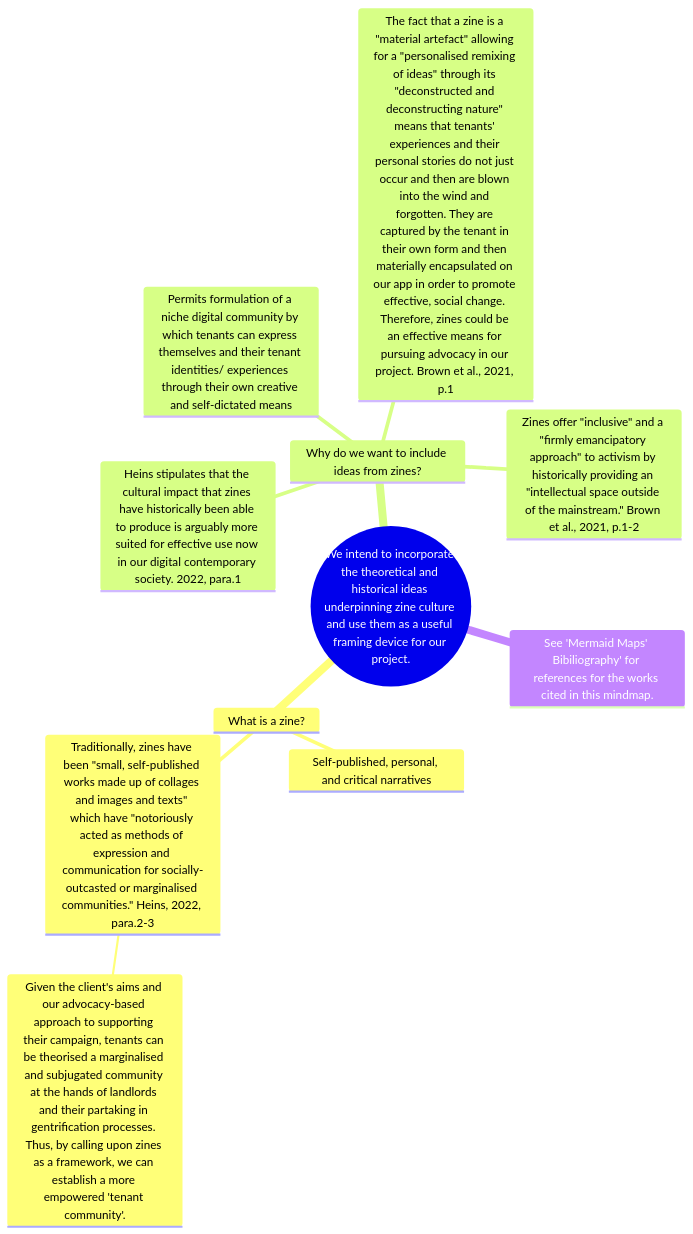
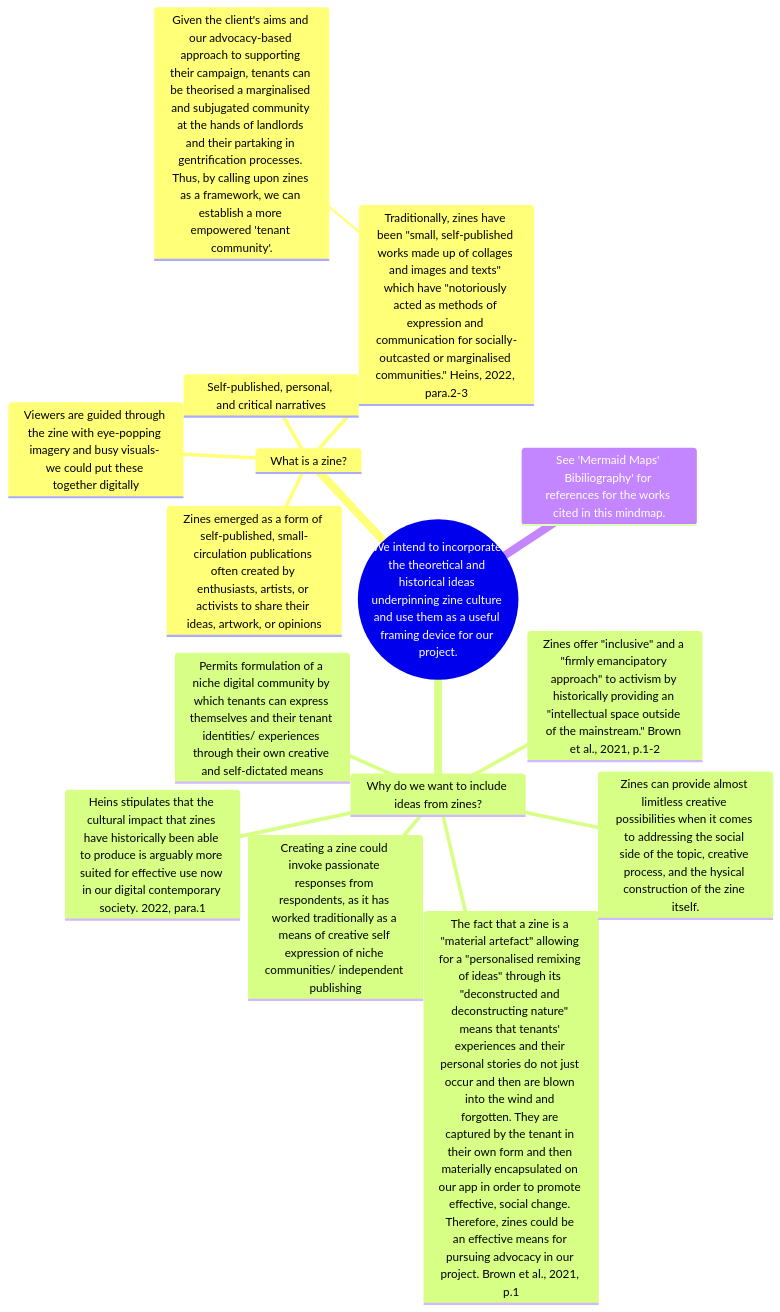
One commit to NU-Digital-Cultures/Trout changed the diagram in ZineCulture.md. Above: the diagram before and after it, drawn with Mermaid.

````diff
--- a/ZineCulture.md
+++ b/ZineCulture.md
@@ -1,14 +1,18 @@
 ``` mermaid
 mindmap
   root((We intend to incorporate the theoretical and historical ideas underpinning zine culture and use them as a useful framing device for our project.))
     What is a zine?
       Self-published, personal, and critical narratives
+      Zines emerged as a form of self-published, small-circulation publications often created by enthusiasts, artists, or activists to share their ideas, artwork, or opinions
+      Viewers are guided through the zine with eye-popping imagery and busy visuals- we could put these together digitally
       Traditionally, zines have been "small, self-published works made up of collages and images and texts" which have "notoriously acted as methods of expression and communication for socially-outcasted or marginalised communities." Heins, 2022, para.2-3
         Given the client's aims and our advocacy-based approach to supporting their campaign, tenants can be theorised a marginalised and subjugated community at the hands of landlords and their partaking in gentrification processes. Thus, by calling upon zines as a framework, we can establish a more empowered 'tenant community'.
     Why do we want to include ideas from zines?
       Heins stipulates that the cultural impact that zines have historically been able to produce is arguably more suited for effective use now in our digital contemporary society. 2022, para.1
       Permits formulation of a niche digital community by which tenants can express themselves and their tenant identities/ experiences through their own creative and self-dictated means
       The fact that a zine is a "material artefact" allowing for a "personalised remixing of ideas" through its "deconstructed and deconstructing nature" means that tenants' experiences and their personal stories do not just occur and then are blown into the wind and forgotten. They are captured by the tenant in their own form and then materially encapsulated on our app in order to promote effective, social change. Therefore, zines could be an effective means for pursuing advocacy in our project. Brown et al., 2021, p.1
       Zines offer "inclusive" and a "firmly emancipatory approach" to activism by historically providing an "intellectual space outside of the mainstream." Brown et al., 2021, p.1-2
+      Zines can provide almost limitless creative possibilities when it comes to addressing the social side of the topic, creative process, and the hysical construction of the zine itself.
+      Creating a zine could invoke passionate responses from respondents, as it has worked traditionally as a means of creative self expression of niche communities/ independent publishing
    See 'Mermaid Maps' Bibiliography' for references for the works cited in this mindmap.
 ```
````
